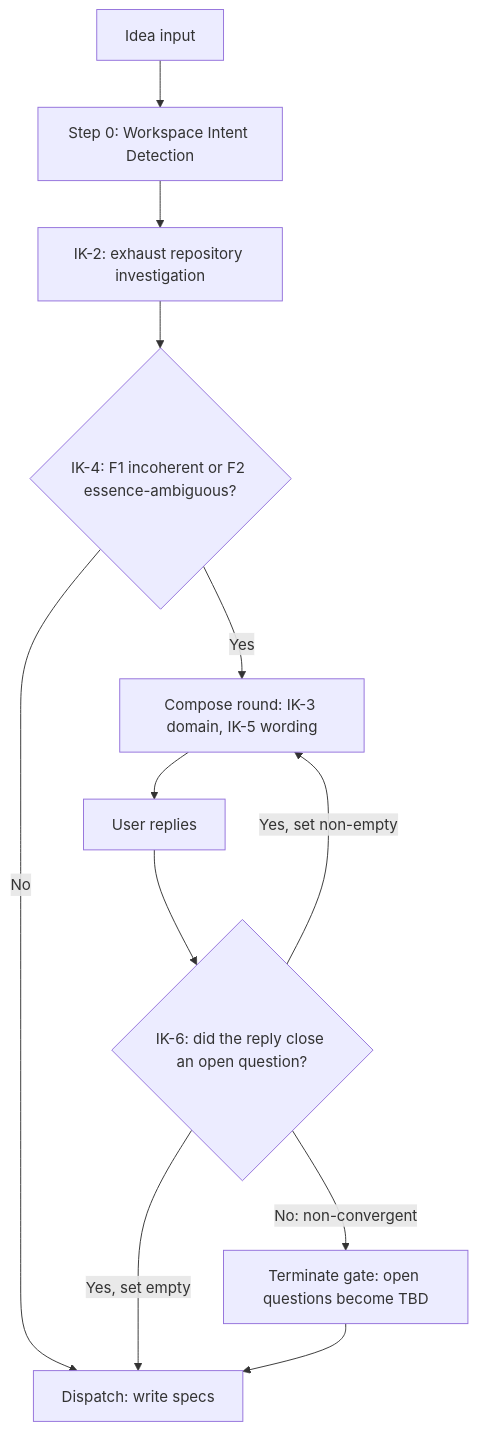
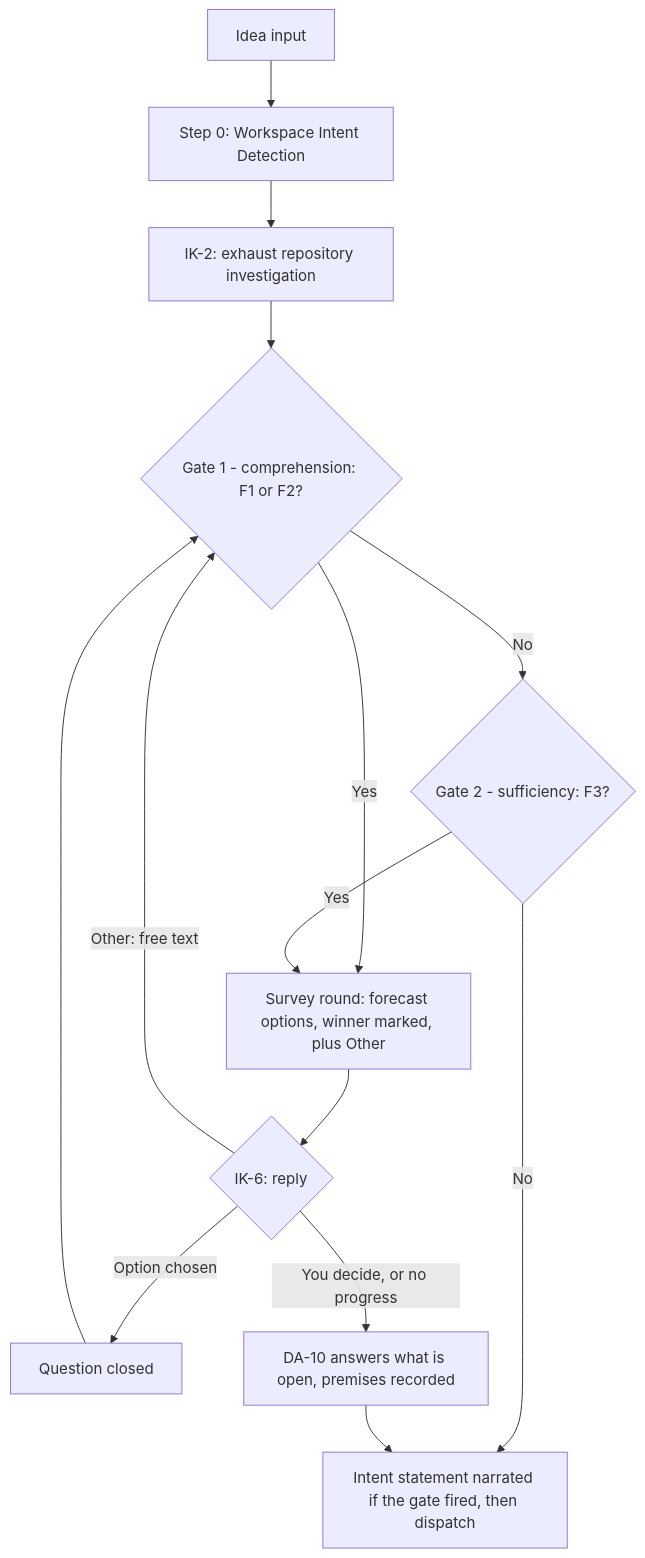
One commit to teratron/magic-spec changed the diagram in .design/engine/specifications/l1-idea-intake-gate.md. Above: the diagram before and after it, drawn with Mermaid. The commit also changed other lines of this file and 30 other files, not shown here.

````diff
--- a/.design/engine/specifications/l1-idea-intake-gate.md
+++ b/.design/engine/specifications/l1-idea-intake-gate.md
@@ -180,14 +197,16 @@
 ```mermaid
 graph TD
     A[Idea input] --> B[Step 0: Workspace Intent Detection]
     B --> C[IK-2: exhaust repository investigation]
-    C --> D{IK-4: F1 incoherent or F2 essence-ambiguous?}
-    D -- No --> H[Dispatch: write specs]
-    D -- Yes --> E[Compose round: IK-3 domain, IK-5 wording]
-    E --> F[User replies]
-    F --> G{IK-6: did the reply close an open question?}
-    G -- "Yes, set non-empty" --> E
-    G -- "Yes, set empty" --> H
-    G -- "No: non-convergent" --> I[Terminate gate: open questions become TBD]
-    I --> H
+    C --> D{Gate 1 - comprehension: F1 or F2?}
+    D -- Yes --> S[Survey round: forecast options, winner marked, plus Other]
+    D -- No --> E{Gate 2 - sufficiency: F3?}
+    E -- Yes --> S
+    E -- No --> H[Intent statement narrated if the gate fired, then dispatch]
+    S --> R{IK-6: reply}
+    R -- "Option chosen" --> K[Question closed]
+    R -- "Other: free text" --> D
+    R -- "You decide, or no progress" --> F[DA-10 answers what is open, premises recorded]
+    K --> D
+    F --> H
 ```
````
